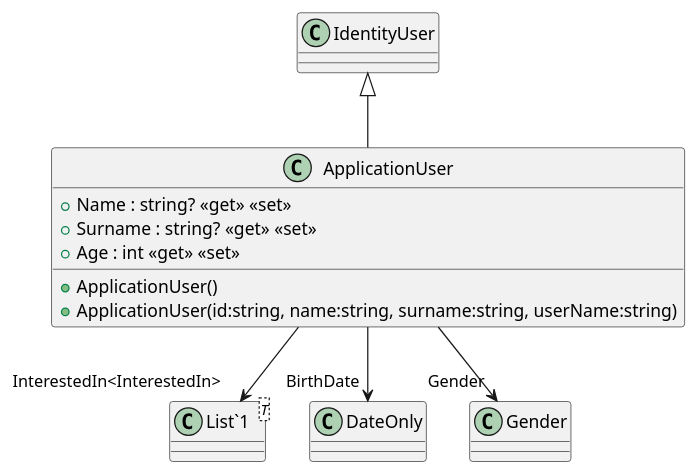
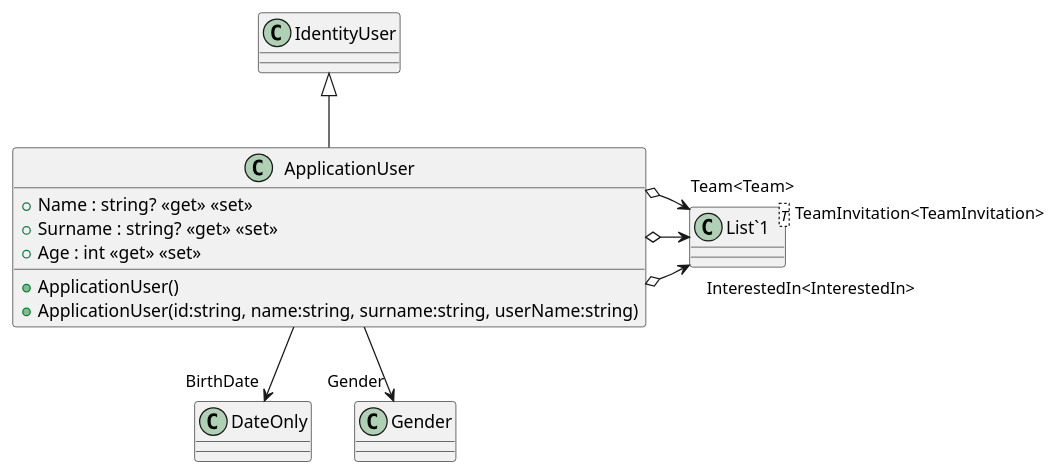
Before and after one commit to SEII2627SEALLUAN/SEII2627SEALLUAN: the diagram in src/AppForSEII.API/ClassDiagram/ApplicationUser.puml, drawn with PlantUML. The commit also changed 13 other files, not shown here.

Commit message:
Add CreateIdentitySchema migration for N:N relationships and updated class diagrams

```diff
--- a/src/AppForSEII.API/ClassDiagram/ApplicationUser.puml
+++ b/src/AppForSEII.API/ClassDiagram/ApplicationUser.puml
@@ -1,15 +1,17 @@
 @startuml
 class ApplicationUser {
     + ApplicationUser()
     + ApplicationUser(id:string, name:string, surname:string, userName:string)
     + Name : string? <<get>> <<set>>
     + Surname : string? <<get>> <<set>>
     + Age : int <<get>> <<set>>
 }
 class "List`1"<T> {
 }
 IdentityUser <|-- ApplicationUser
 ApplicationUser --> "BirthDate" DateOnly
 ApplicationUser --> "Gender" Gender
-ApplicationUser --> "InterestedIn<InterestedIn>" "List`1"
+ApplicationUser o-> "InterestedIn<InterestedIn>" "List`1"
+ApplicationUser o-> "TeamInvitation<TeamInvitation>" "List`1"
+ApplicationUser o-> "Team<Team>" "List`1"
 @enduml
```
